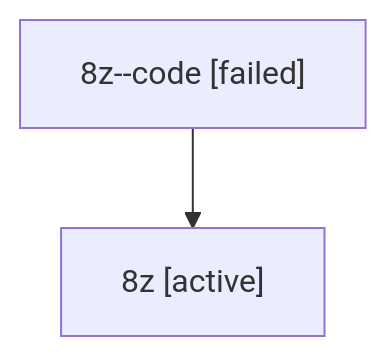
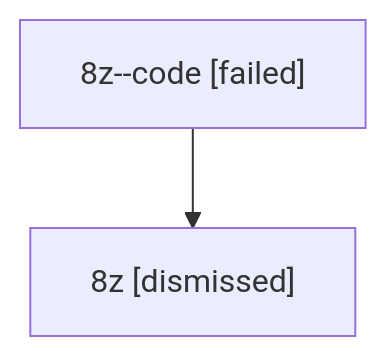
Before and after one commit to sase-org/sase--agents: the diagram in sessions/bbugyi200.athena.8z.md, drawn with Mermaid. The commit also changed other lines of this file and 26 other files, not shown here.

````diff
--- a/sessions/bbugyi200.athena.8z.md
+++ b/sessions/bbugyi200.athena.8z.md
@@ -9,6 +9,6 @@
 ```mermaid
 flowchart TD
   n0["8z--code [failed]"]
-  n1["8z [active]"]
+  n1["8z [dismissed]"]
   n0 --> n1
 ```
````
